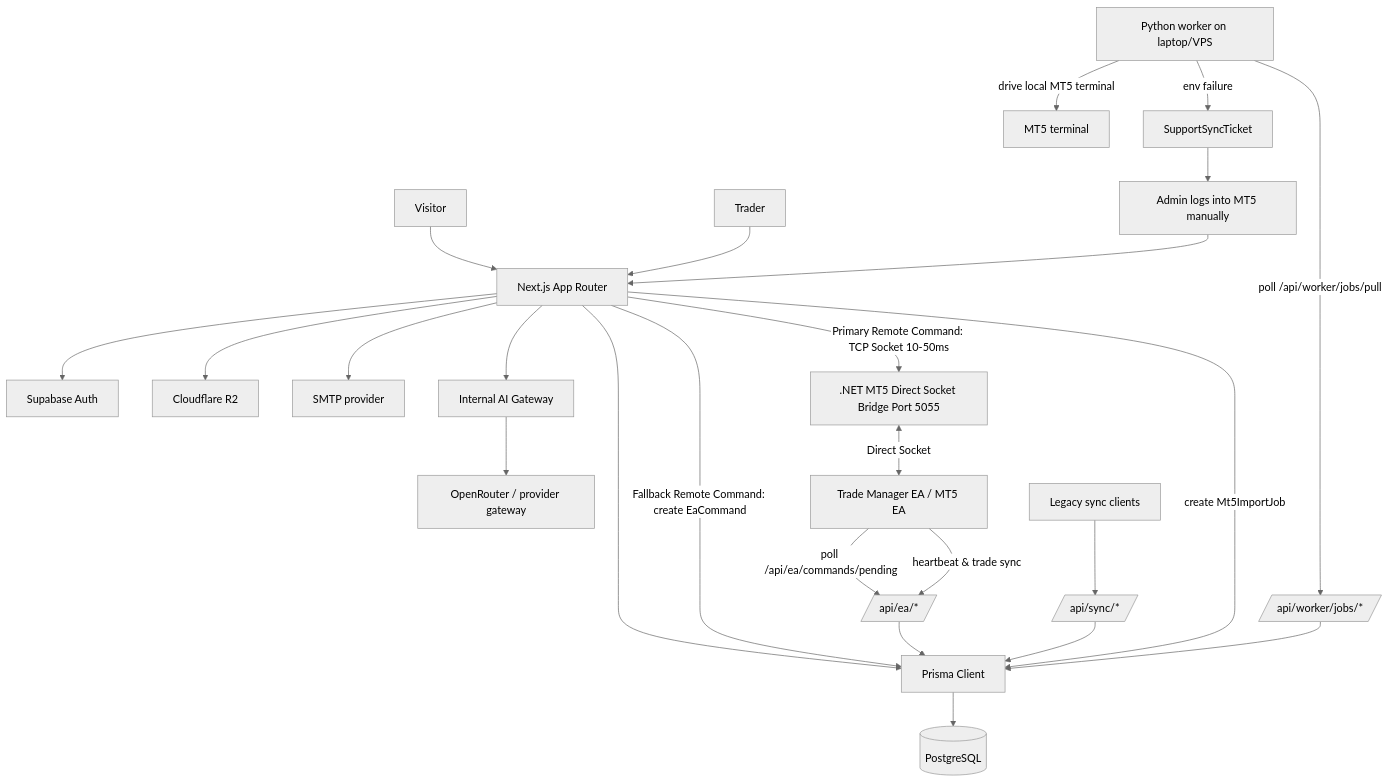
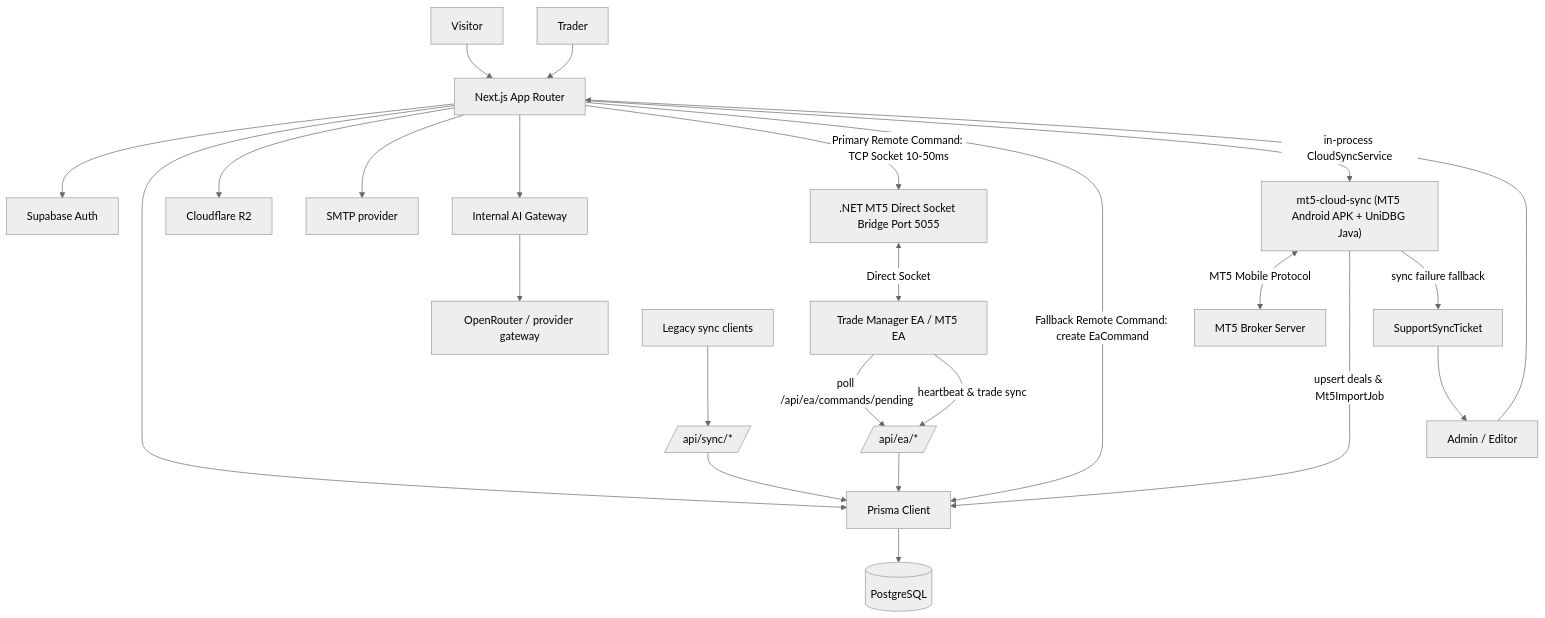
One commit to nguyenndn/thenexttrade changed the diagram in docs/SYSTEM.md. Above: the diagram before and after it, drawn with Mermaid (neutral theme). The commit also changed other lines of this file and 29 other files, not shown here.

Commit message:
feat(trading-systems): dynamic product listing, 2-column grid, snr system specs and mt5 cloud sync docs

````diff
--- a/docs/SYSTEM.md
+++ b/docs/SYSTEM.md
@@ -22,27 +23,26 @@
 ```mermaid
 flowchart TD
   Visitor[Visitor] --> App[Next.js App Router]
   Trader[Trader] --> App
   Admin[Admin / Editor] --> App
   App --> Supabase[Supabase Auth]
   App --> Prisma[Prisma Client]
   Prisma --> Postgres[(PostgreSQL)]
   App --> R2[Cloudflare R2]
   App --> SMTP[SMTP provider]
   App --> InternalAI[Internal AI Gateway]
   InternalAI --> OpenRouter[OpenRouter / provider gateway]
   App -->|Primary Remote Command: TCP Socket 10-50ms| Bridge[.NET MT5 Direct Socket Bridge Port 5055]
   Bridge <-->|Direct Socket| EA[Trade Manager EA / MT5 EA]
   App -->|Fallback Remote Command: create EaCommand| Prisma
   EA -->|poll /api/ea/commands/pending| EaApi[/api/ea/*/]
   EA -->|heartbeat & trade sync| EaApi
   LegacySync[Legacy sync clients] --> SyncApi[/api/sync/*/]
   EaApi --> Prisma
   SyncApi --> Prisma
-  App -->|create Mt5ImportJob| Prisma
-  Worker[Python worker on laptop/VPS] -->|poll /api/worker/jobs/pull| WorkerApi[/api/worker/jobs/*/]
-  Worker -->|drive local MT5 terminal| MT5[MT5 terminal]
-  WorkerApi --> Prisma
-  Worker -->|env failure| Ticket[SupportSyncTicket]
-  Ticket --> Admin[Admin logs into MT5 manually]
+  App -->|in-process CloudSyncService| ApkSync["mt5-cloud-sync (MT5 Android APK + UniDBG Java)"]
+  ApkSync <-->|MT5 Mobile Protocol| BrokerSrv[MT5 Broker Server]
+  ApkSync -->|upsert deals & Mt5ImportJob| Prisma
+  ApkSync -->|sync failure fallback| Ticket[SupportSyncTicket]
+  Ticket --> Admin
 ```
````
